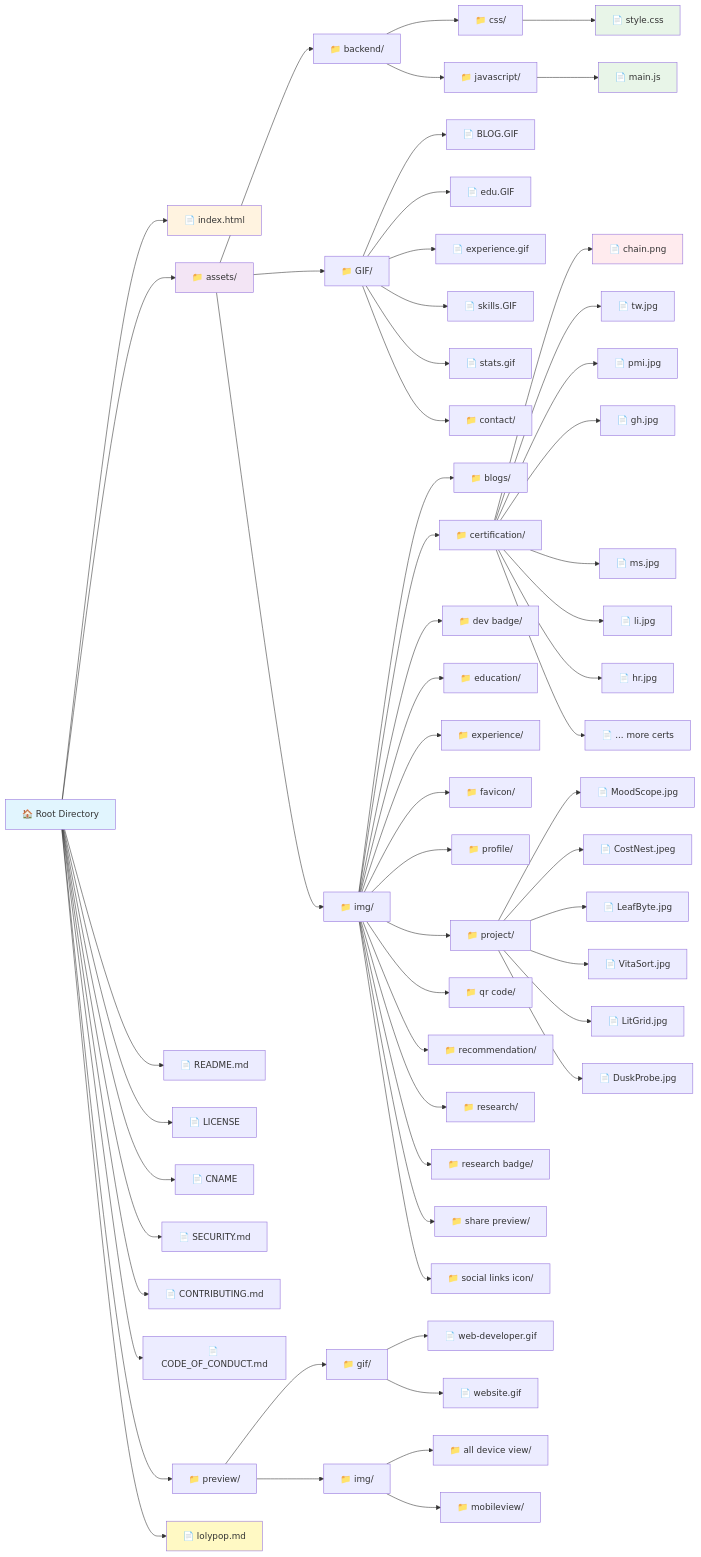
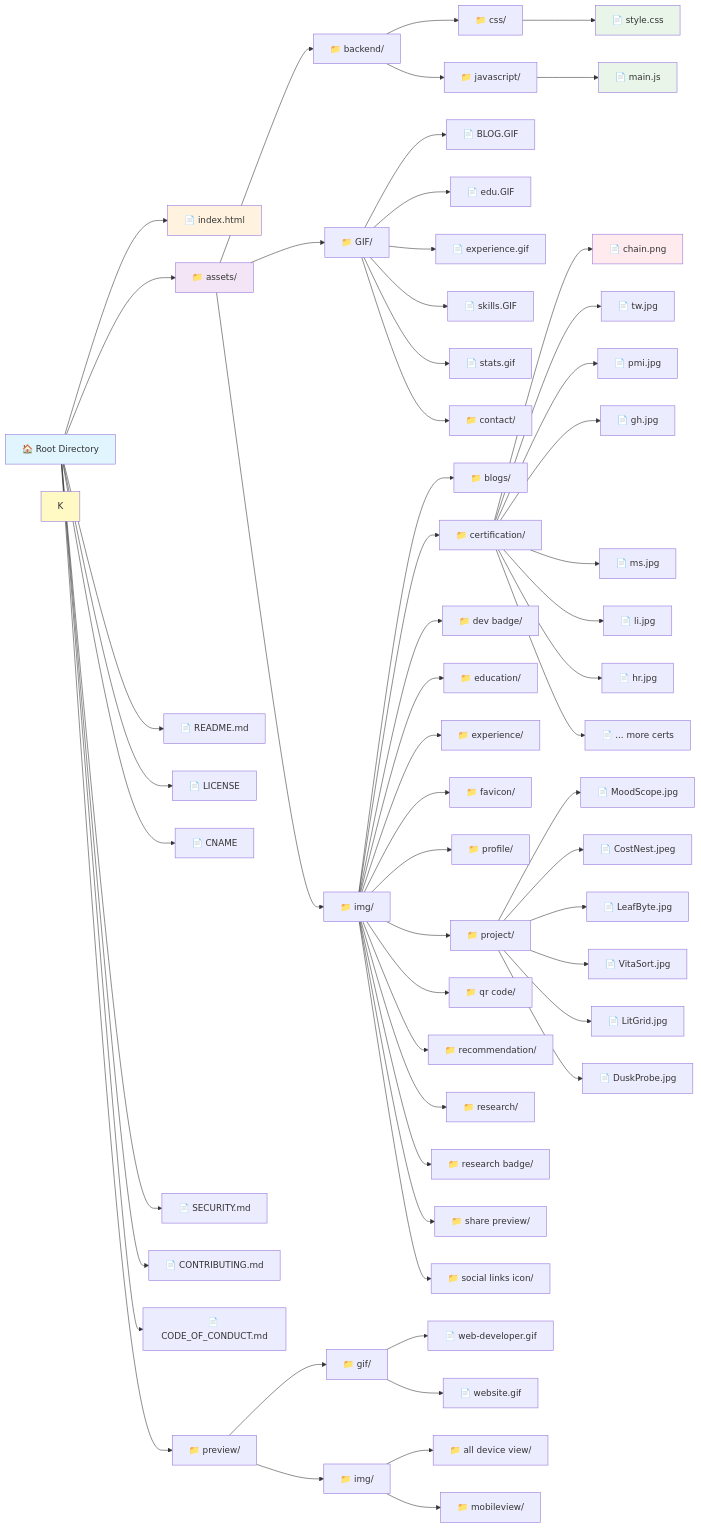
Before and after one commit to la-b-ib/la-b-ib.github.io: the first of 2 diagrams in README.md, drawn with Mermaid. The commit also changed other lines of this file, not shown here.

````diff
--- a/README.md
+++ b/README.md
@@ -72,78 +80,78 @@
 ```mermaid
 graph LR
     A[🏠 Root Directory] --> B[📄 index.html]
     A --> C[📁 assets/]
     A --> D[📄 README.md]
     A --> E[📄 LICENSE]
     A --> F[📄 CNAME]
     A --> G[📄 SECURITY.md]
     A --> H[📄 CONTRIBUTING.md]
     A --> I[📄 CODE_OF_CONDUCT.md]
     A --> J[📁 preview/]
-    A --> K[📄 lolypop.md]
+    
 
     C --> L[📁 backend/]
     C --> M[📁 GIF/]
     C --> N[📁 img/]
     
     L --> O[📁 css/]
     L --> P[📁 javascript/]
     
     O --> Q[📄 style.css]
     P --> R[📄 main.js]
     
     M --> S[📄 BLOG.GIF]
     M --> T[📄 edu.GIF]
     M --> U[📄 experience.gif]
     M --> V[📄 skills.GIF]
     M --> W[📄 stats.gif]
     M --> X[📁 contact/]
     
     N --> Y[📁 blogs/]
     N --> Z[📁 certification/]
     N --> AA[📁 dev badge/]
     N --> BB[📁 education/]
     N --> CC[📁 experience/]
     N --> DD[📁 favicon/]
     N --> EE[📁 profile/]
     N --> FF[📁 project/]
     N --> GG[📁 qr code/]
     N --> HH[📁 recommendation/]
     N --> II[📁 research/]
     N --> JJ[📁 research badge/]
     N --> KK[📁 share preview/]
     N --> LL[📁 social links icon/]
     
     Z --> MM[📄 chain.png]
     Z --> NN[📄 tw.jpg]
     Z --> OO[📄 pmi.jpg]
     Z --> PP[📄 gh.jpg]
     Z --> QQ[📄 ms.jpg]
     Z --> RR[📄 li.jpg]
     Z --> SS[📄 hr.jpg]
     Z --> TT[📄 ... more certs]
     
     FF --> UU[📄 MoodScope.jpg]
     FF --> VV[📄 CostNest.jpeg]
     FF --> WW[📄 LeafByte.jpg]
     FF --> XX[📄 VitaSort.jpg]
     FF --> YY[📄 LitGrid.jpg]
     FF --> ZZ[📄 DuskProbe.jpg]
     
     J --> AAA[📁 gif/]
     J --> BBB[📁 img/]
     
     AAA --> CCC[📄 web-developer.gif]
     AAA --> DDD[📄 website.gif]
     
     BBB --> EEE[📁 all device view/]
     BBB --> FFF[📁 mobileview/]
 
     style A fill:#e1f5fe
     style B fill:#fff3e0
     style C fill:#f3e5f5
     style Q fill:#e8f5e8
     style R fill:#e8f5e8
     style MM fill:#ffebee
     style K fill:#fff9c4
 ```
````
